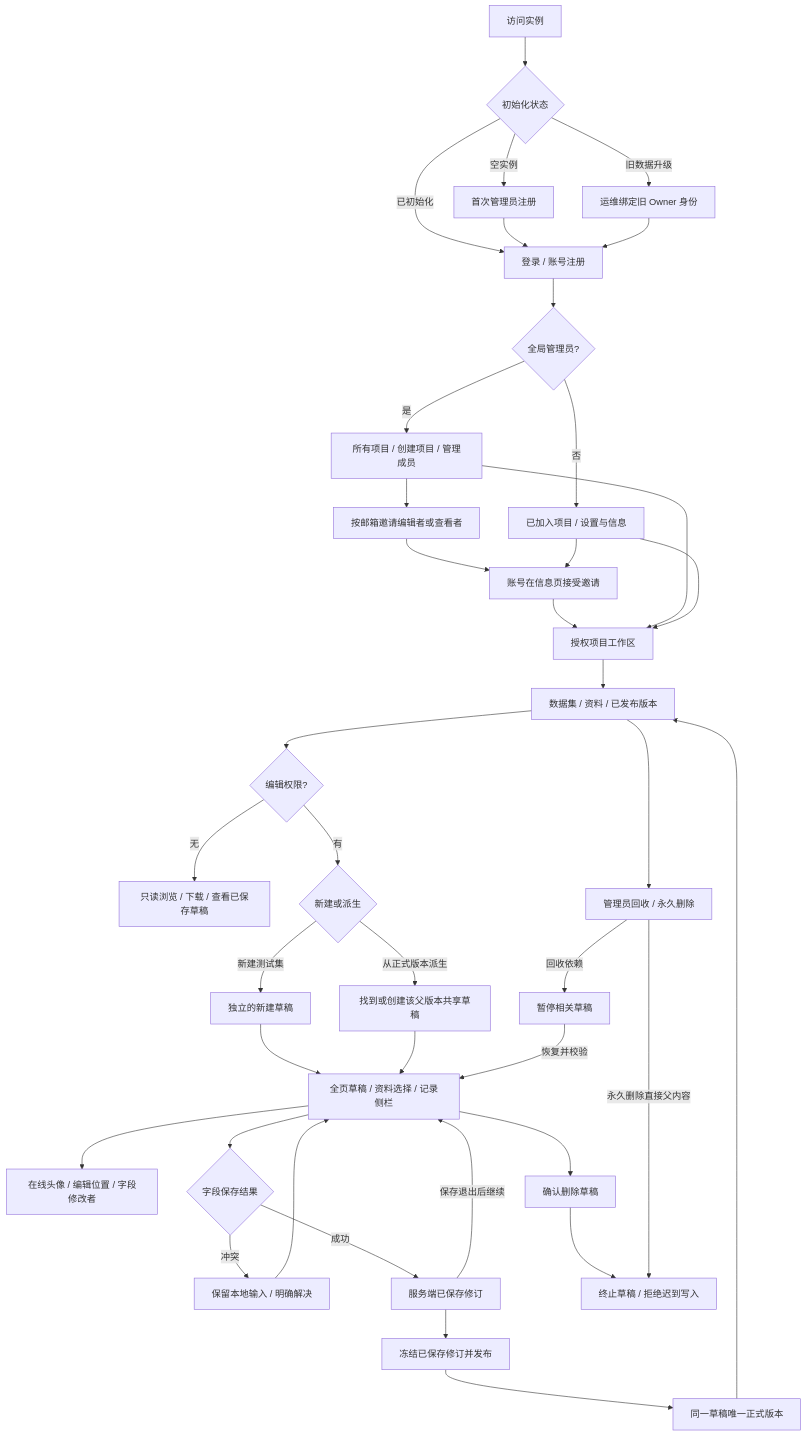
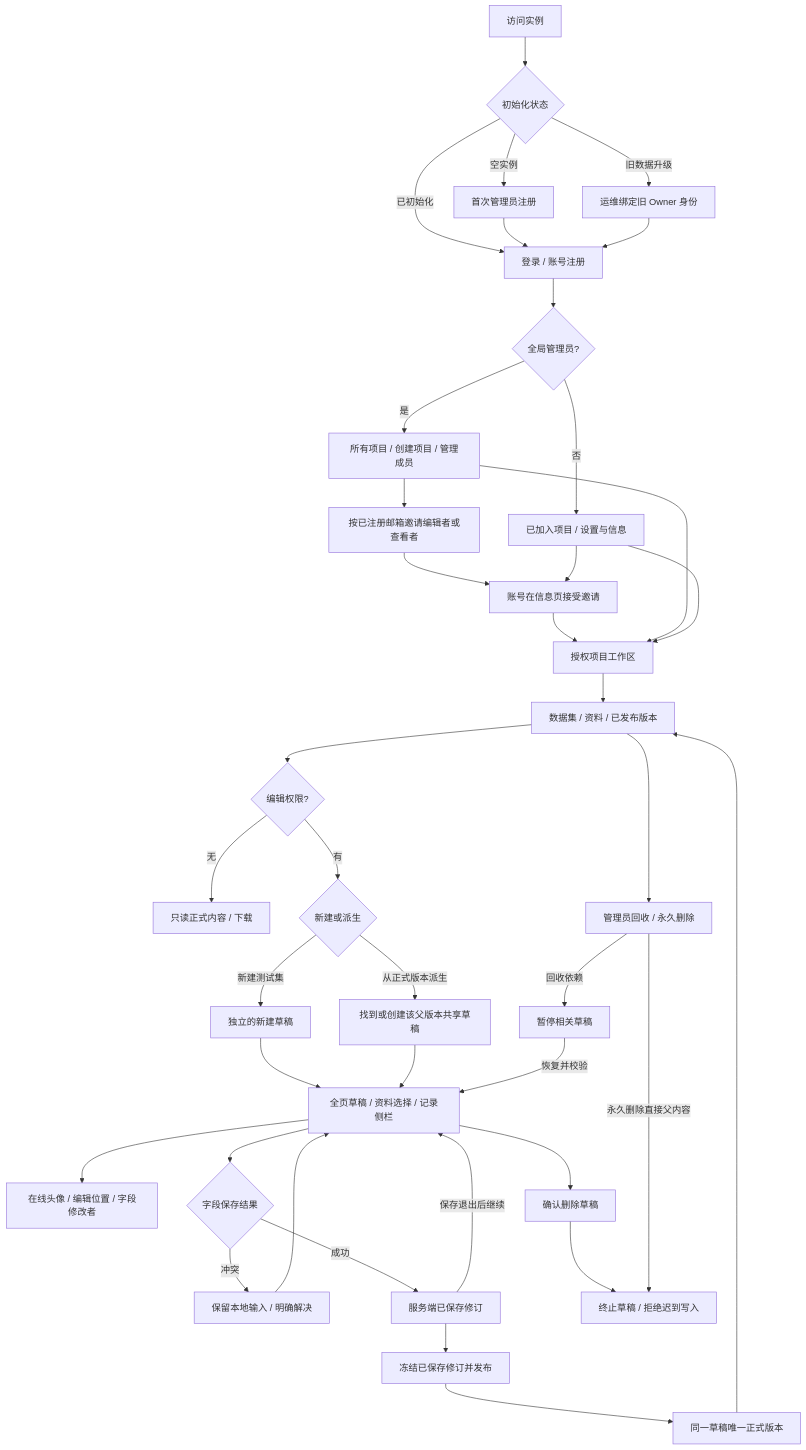
One commit to iflabx/evalbase changed the diagram in docs/system-flow-evalbase-v2.md. Above: the diagram before and after it, drawn with Mermaid. The commit also changed 7 other files, not shown here.

````diff
--- a/docs/system-flow-evalbase-v2.md
+++ b/docs/system-flow-evalbase-v2.md
@@ -5,41 +5,41 @@
 ```mermaid
 flowchart TD
   A[访问实例] --> B{初始化状态}
   B -->|空实例| C[首次管理员注册]
   B -->|旧数据升级| D[运维绑定旧 Owner 身份]
   B -->|已初始化| E[登录 / 账号注册]
   C --> E
   D --> E
   E --> F{全局管理员?}
   F -->|是| G[所有项目 / 创建项目 / 管理成员]
   F -->|否| H[已加入项目 / 设置与信息]
-  G --> I[按邮箱邀请编辑者或查看者]
+  G --> I[按已注册邮箱邀请编辑者或查看者]
   I --> J[账号在信息页接受邀请]
   H --> J
   J --> K[授权项目工作区]
   G --> K
   H --> K
   K --> L[数据集 / 资料 / 已发布版本]
   L --> M{编辑权限?}
-  M -->|无| N[只读浏览 / 下载 / 查看已保存草稿]
+  M -->|无| N[只读正式内容 / 下载]
   M -->|有| O{新建或派生}
   O -->|新建测试集| P[独立的新建草稿]
   O -->|从正式版本派生| Q[找到或创建该父版本共享草稿]
   P --> R[全页草稿 / 资料选择 / 记录侧栏]
   Q --> R
   R --> S[在线头像 / 编辑位置 / 字段修改者]
   R --> T{字段保存结果}
   T -->|冲突| U[保留本地输入 / 明确解决]
   U --> R
   T -->|成功| V[服务端已保存修订]
   V -->|保存退出后继续| R
   V --> W[冻结已保存修订并发布]
   W --> X[同一草稿唯一正式版本]
   X --> L
   R --> Y[确认删除草稿]
   Y --> Z[终止草稿 / 拒绝迟到写入]
   L --> AA[管理员回收 / 永久删除]
   AA -->|回收依赖| AB[暂停相关草稿]
   AB -->|恢复并校验| R
   AA -->|永久删除直接父内容| Z
 ```
````
